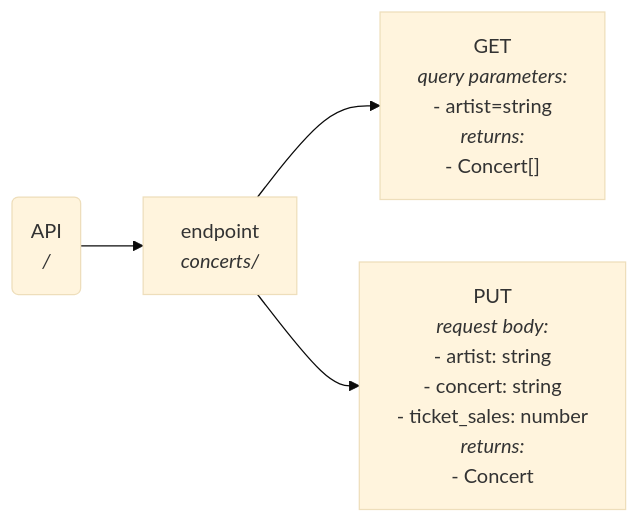
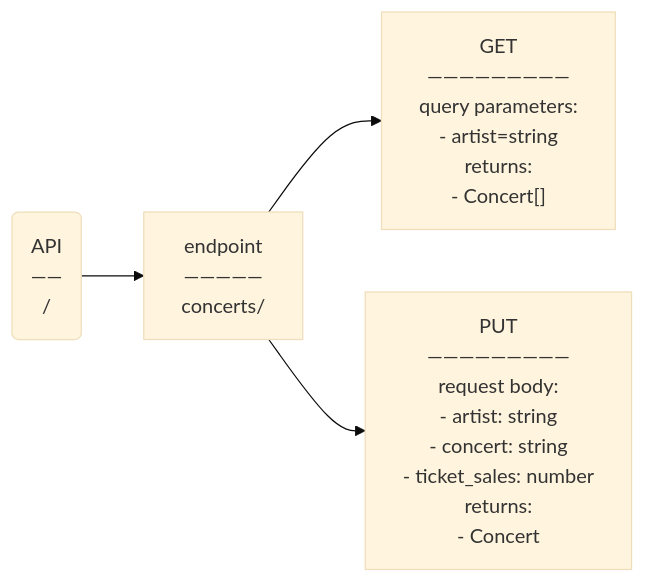
The second of 4 diagrams in README.md (moonline/Lab.GCP.API-Gateway), drawn with Mermaid (base theme) before and after one commit. The commit also changed other lines of this file, not shown here.

Commit message:
Feature/basic api (#2)

````diff
--- a/README.md
+++ b/README.md
@@ -49,31 +52,35 @@
 ```mermaid
 flowchart LR
-    API("`
+    API("
         API
-        _/_
-    `")
+        ――
+        /
+    ")
 
     API --> concerts
 
-    concerts["`
+    concerts["
         endpoint
-        _concerts/_
-    `"]
+        ―――――
+        concerts/
+    "]
 
-    concerts --> get["`
+    concerts --> get["
         GET
-        _query parameters:_
+        ―――――――――
+        query parameters:
         - artist=string
-        _returns:_
+        returns:
         - Concert[]
-    `"]
-    concerts --> put["`
+    "]
+    concerts --> put["
         PUT
-        _request body:_
+        ―――――――――
+        request body:
         - artist: string
         - concert: string
         - ticket_sales: number
-        _returns:_
+        returns:
         - Concert
-    `"]
+    "]
 ```
````
